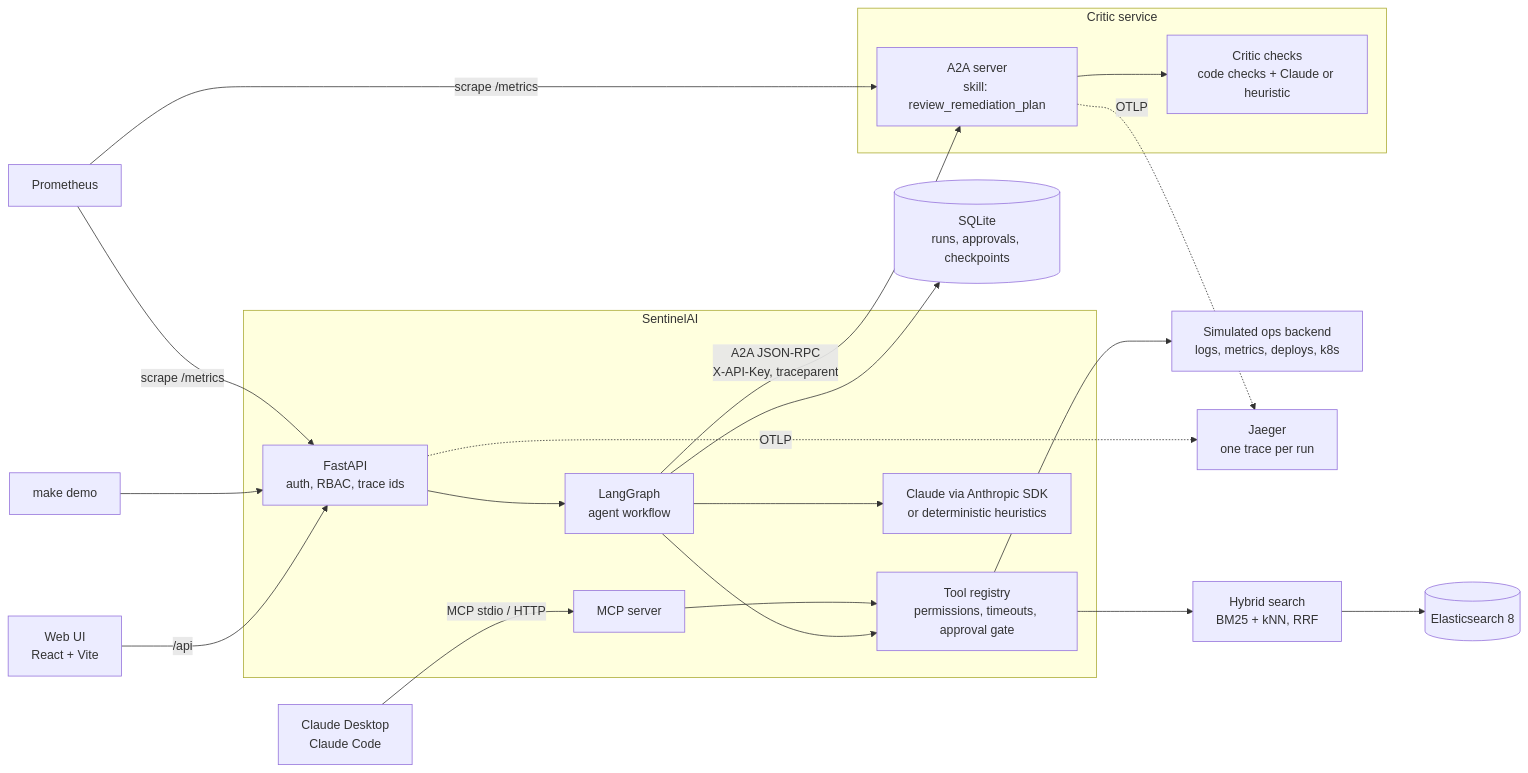
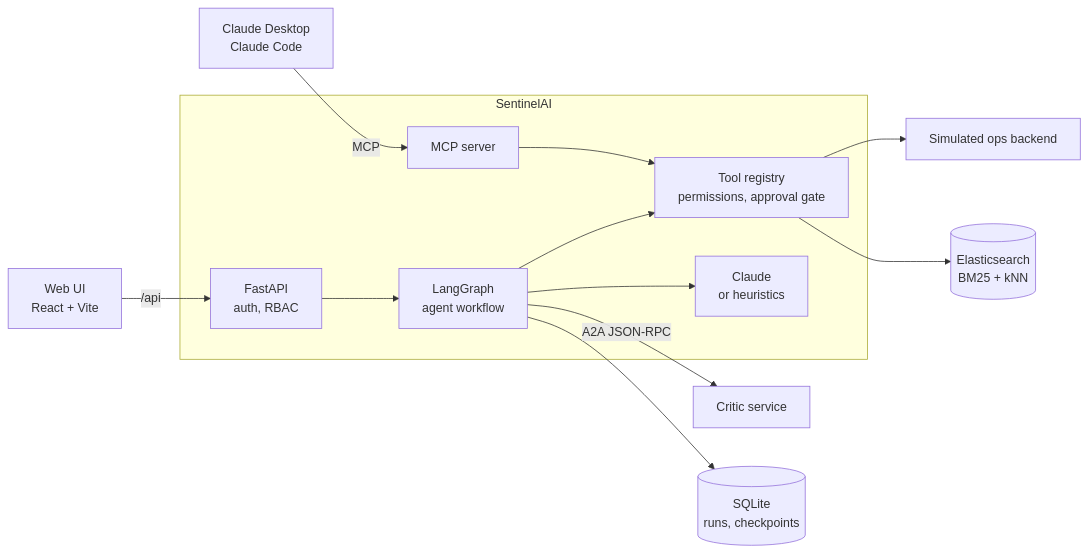
Before and after one commit to gagan-rohith/sentinel-ai: the first of 2 diagrams in README.md, drawn with Mermaid. The commit also changed other lines of this file and 3 other files, not shown here.

````diff
--- a/README.md
+++ b/README.md
@@ -72,28 +63,17 @@
 ```mermaid
 flowchart LR
     UI[Web UI<br/>React + Vite] -->|/api| API
-    CLI[make demo] --> API
-    MCPC[Claude Desktop<br/>Claude Code] -->|MCP stdio / HTTP| MCP[MCP server]
+    MCPC[Claude Desktop<br/>Claude Code] -->|MCP| MCP[MCP server]
 
     subgraph Core[SentinelAI]
-        API[FastAPI<br/>auth, RBAC, trace ids] --> Graph[LangGraph<br/>agent workflow]
-        Graph --> Tools[Tool registry<br/>permissions, timeouts, approval gate]
+        API[FastAPI<br/>auth, RBAC] --> Graph[LangGraph<br/>agent workflow]
+        Graph --> Tools[Tool registry<br/>permissions, approval gate]
         MCP --> Tools
-        Graph --> LLM[Claude via Anthropic SDK<br/>or deterministic heuristics]
+        Graph --> LLM[Claude<br/>or heuristics]
     end
 
-    Graph -->|A2A JSON-RPC<br/>X-API-Key, traceparent| Critic
-
-    subgraph CriticSvc[Critic service]
-        Critic[A2A server<br/>skill: review_remediation_plan] --> Review[Critic checks<br/>code checks + Claude or heuristic]
-    end
-
-    Tools --> Ops[Simulated ops backend<br/>logs, metrics, deploys, k8s]
-    Tools --> Search[Hybrid search<br/>BM25 + kNN, RRF]
-    Search --> ES[(Elasticsearch 8)]
-    Graph --> DB[(SQLite<br/>runs, approvals, checkpoints)]
-    Prom[Prometheus] -->|scrape /metrics| API
-    Prom -->|scrape /metrics| Critic
-    API -.->|OTLP| Jaeger[Jaeger<br/>one trace per run]
-    Critic -.->|OTLP| Jaeger
+    Graph -->|A2A JSON-RPC| Critic[Critic service]
+    Tools --> Ops[Simulated ops backend]
+    Tools --> ES[(Elasticsearch<br/>BM25 + kNN)]
+    Graph --> DB[(SQLite<br/>runs, checkpoints)]
 ```
````
